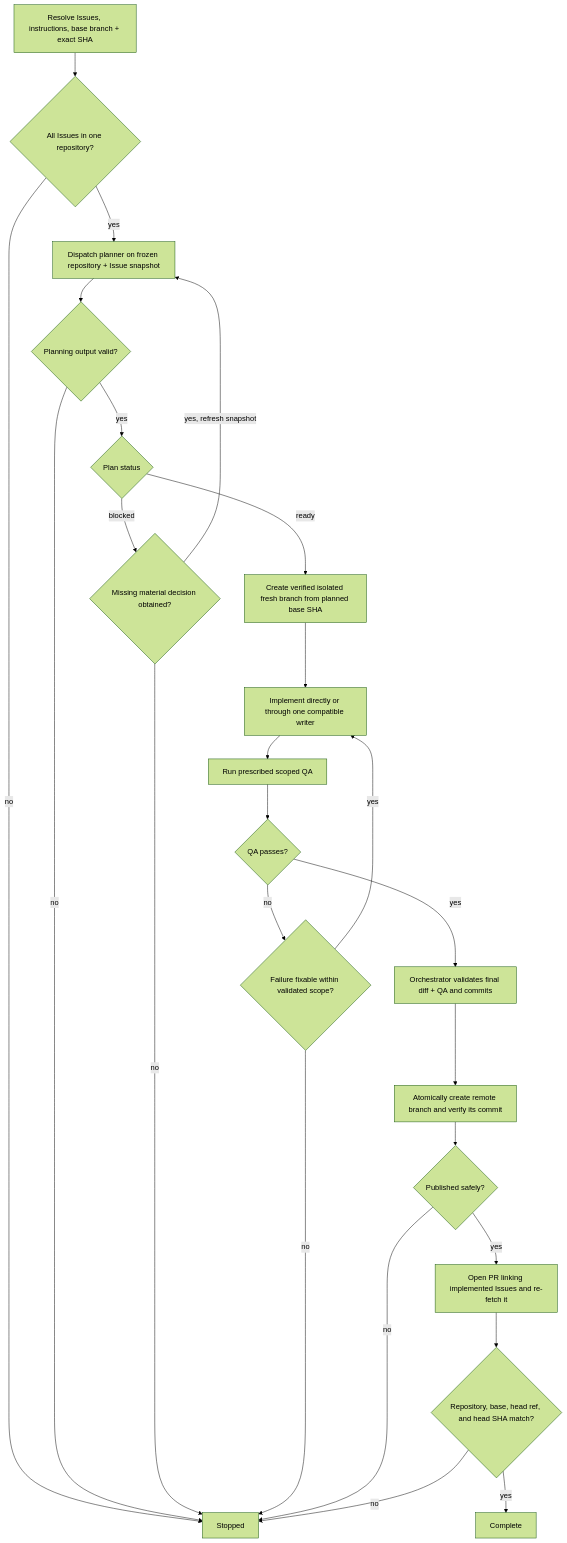
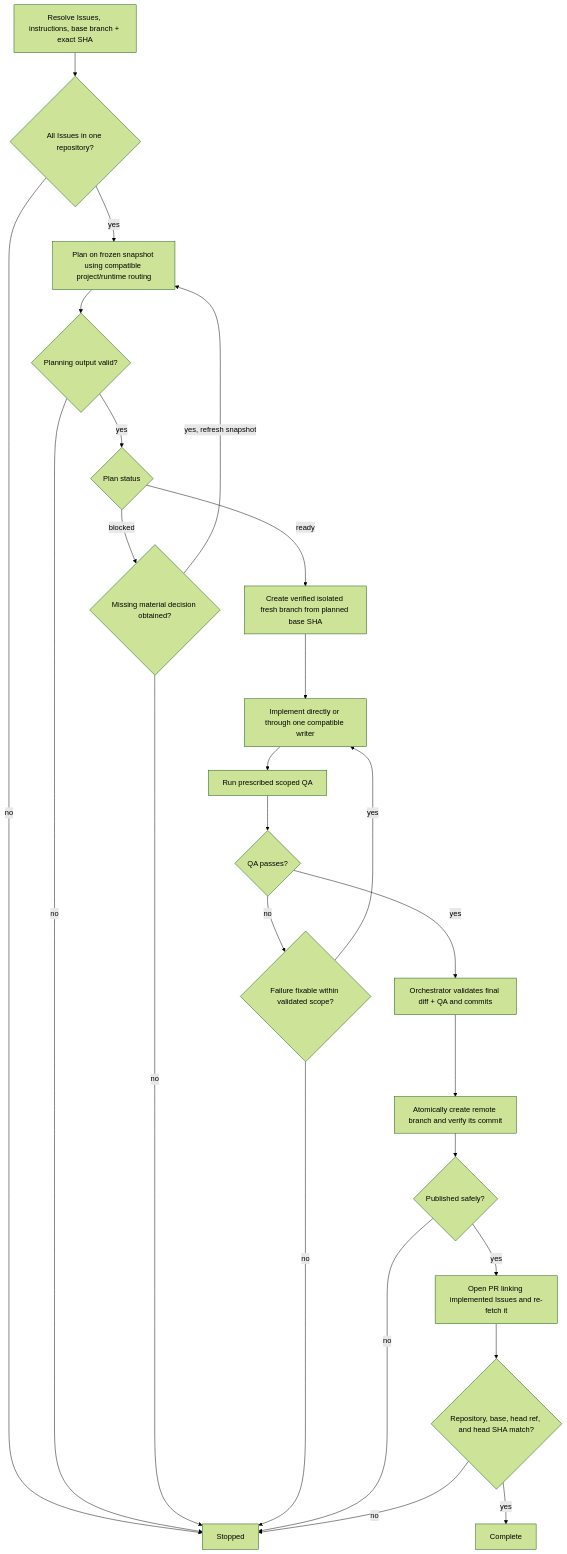
One commit to dceoy/pr-loop changed the diagram in skills/issue-to-pr/SKILL.md. Above: the diagram before and after it, drawn with Mermaid (forest theme). The commit also changed other lines of this file, not shown here.

Commit message:
Make issue planning topology-neutral

````diff
--- a/skills/issue-to-pr/SKILL.md
+++ b/skills/issue-to-pr/SKILL.md
@@ -40,27 +39,27 @@
 ```mermaid
 flowchart TD
   A[Resolve Issues, instructions, base branch + exact SHA] --> B{All Issues in one repository?}
   B -->|no| X[Stopped]
-  B -->|yes| C[Dispatch planner on frozen repository + Issue snapshot]
+  B -->|yes| C[Plan on frozen snapshot using compatible project/runtime routing]
   C --> D{Planning output valid?}
   D -->|no| X
   D -->|yes| E{Plan status}
   E -->|blocked| F{Missing material decision obtained?}
   F -->|yes, refresh snapshot| C
   F -->|no| X
   E -->|ready| G[Create verified isolated fresh branch from planned base SHA]
   G --> H[Implement directly or through one compatible writer]
   H --> I[Run prescribed scoped QA]
   I --> J{QA passes?}
   J -->|no| Q{Failure fixable within validated scope?}
   Q -->|yes| H
   Q -->|no| X
   J -->|yes| K[Orchestrator validates final diff + QA and commits]
   K --> L[Atomically create remote branch and verify its commit]
   L --> M{Published safely?}
   M -->|no| X
   M -->|yes| N[Open PR linking implemented Issues and re-fetch it]
   N --> O{Repository, base, head ref, and head SHA match?}
   O -->|no| X
   O -->|yes| P[Complete]
 ```
````
